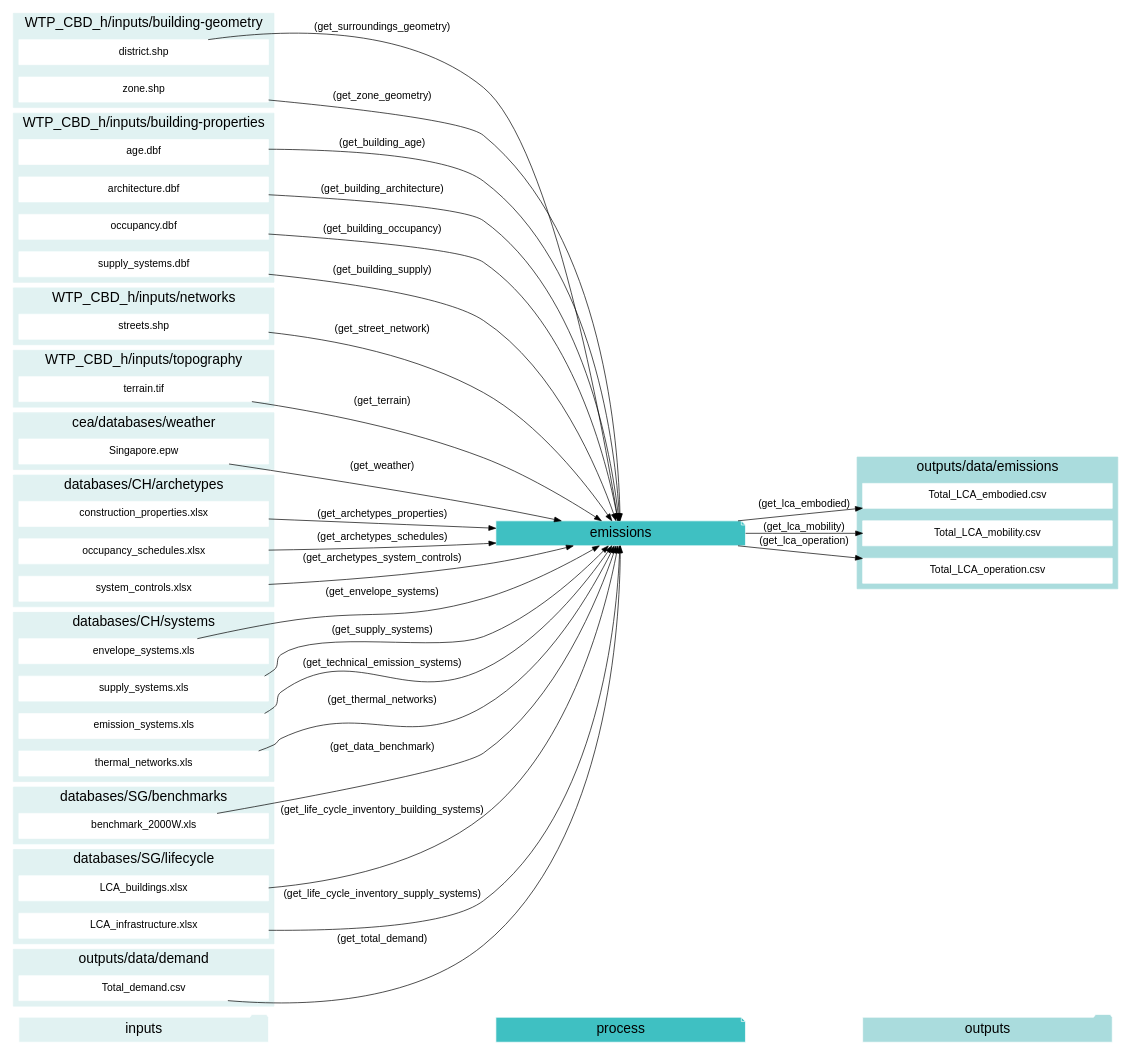
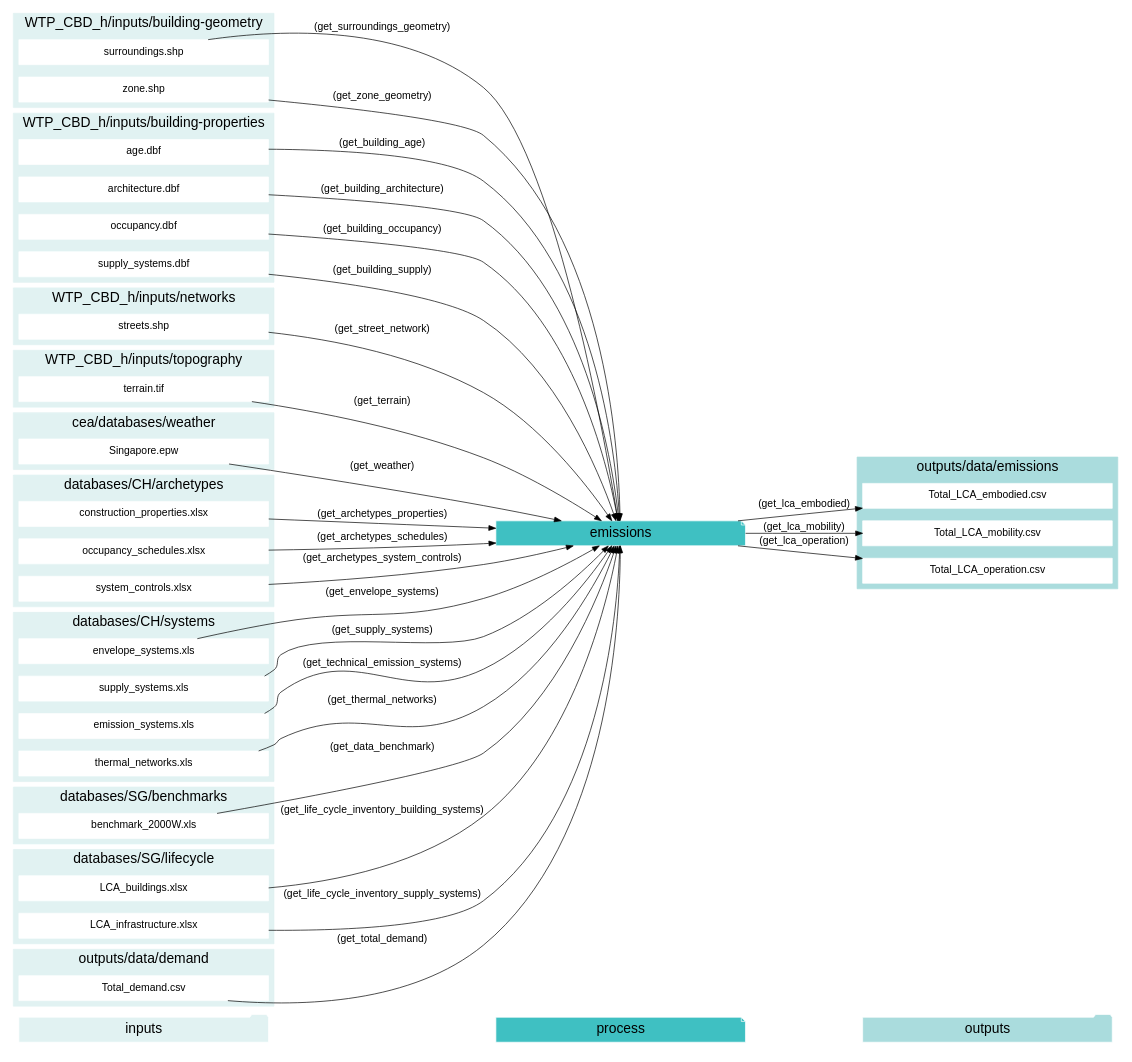
The ninth of 12 diagrams in docs/script-data-flow.rst (architecture-building-systems/CityEnergyAnalyst), drawn with Graphviz before and after one commit. The commit also changed other lines of this file and 41 other files, not shown here.

Commit message:
renaming district to surroundings

```diff
--- a/docs/script-data-flow.rst
+++ b/docs/script-data-flow.rst
@@ -1190,7 +1190,7 @@
         fontsize = 20;
         rank=same;
         label="WTP_CBD_h/inputs/building-geometry";
-        "district.shp"
+        "surroundings.shp"
         "zone.shp"
     }
     subgraph cluster_1_in {
@@ -1292,7 +1292,7 @@
     "occupancy.dbf" -> "emissions"[label="(get_building_occupancy)"]
     "supply_systems.dbf" -> "emissions"[label="(get_building_supply)"]
     "benchmark_2000W.xls" -> "emissions"[label="(get_data_benchmark)"]
-    "district.shp" -> "emissions"[label="(get_surroundings_geometry)"]
+    "surroundings.shp" -> "emissions"[label="(get_surroundings_geometry)"]
     "envelope_systems.xls" -> "emissions"[label="(get_envelope_systems)"]
     "LCA_buildings.xlsx" -> "emissions"[label="(get_life_cycle_inventory_building_systems)"]
     "LCA_infrastructure.xlsx" -> "emissions"[label="(get_life_cycle_inventory_supply_systems)"]
```
